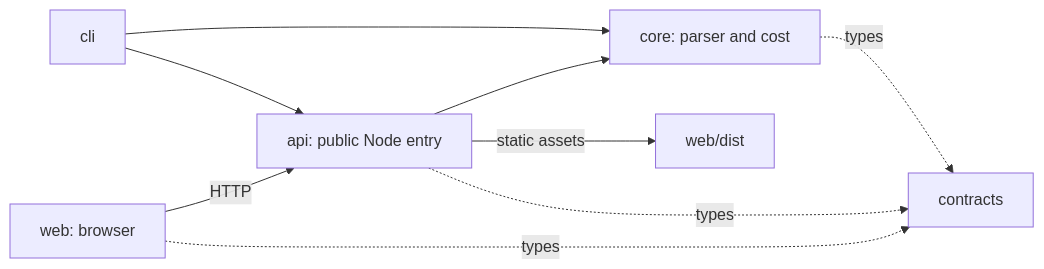
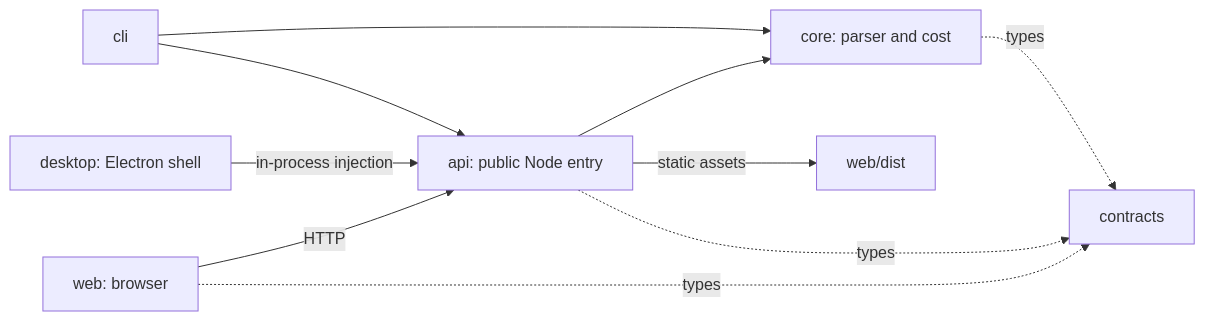
One commit to Naloam/turnflare changed the diagram in docs/ARCHITECTURE.md. Above: the diagram before and after it, drawn with Mermaid. The commit also changed other lines of this file and 47 other files, not shown here.

````diff
--- a/docs/ARCHITECTURE.md
+++ b/docs/ARCHITECTURE.md
@@ -75,11 +76,12 @@
 ```mermaid
 flowchart LR
   CLI[cli] --> API[api: public Node entry]
   CLI --> Core[core: parser and cost]
   API --> Core
+  Desktop[desktop: Electron shell] -->|in-process injection| API
   Core -. types .-> Contracts[contracts]
   API -. types .-> Contracts
   Web[web: browser] -. types .-> Contracts
   Web -->|HTTP| API
   API -->|static assets| WebBuild[web/dist]
 ```
````
